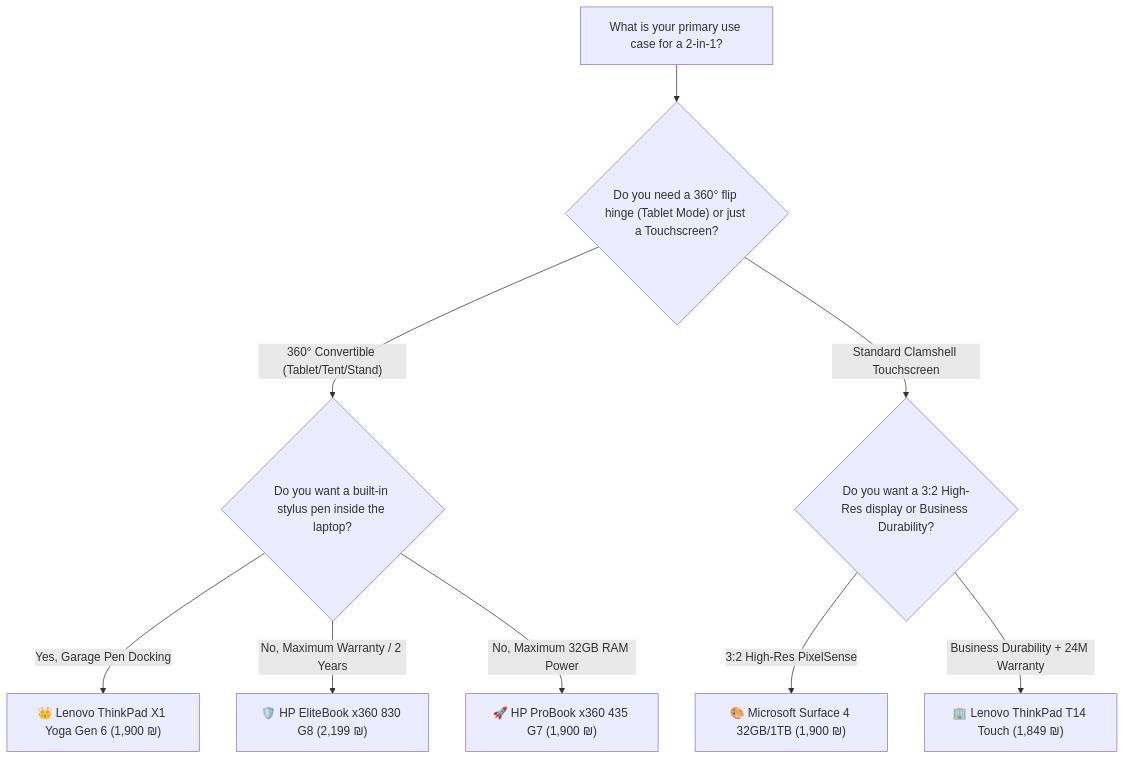
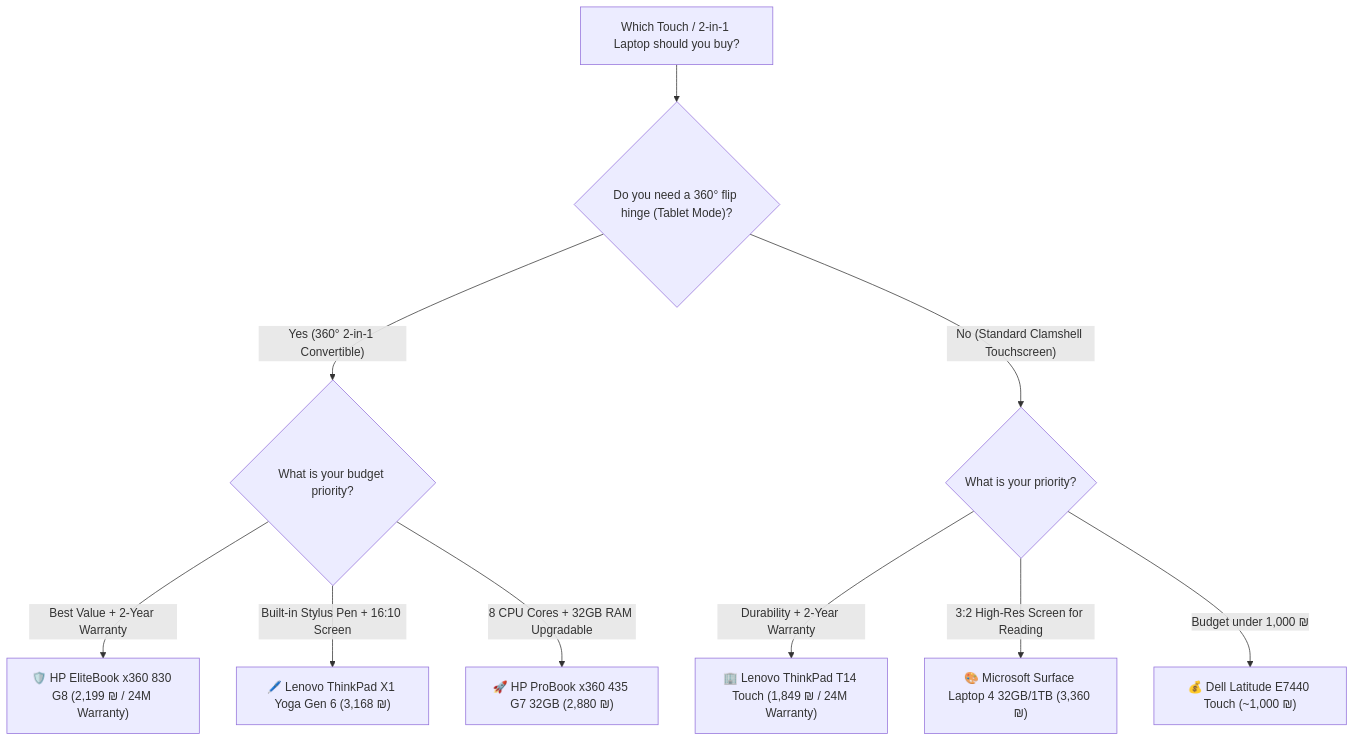
Before and after one commit to elonuziel/second-hand-pc: the diagram in 2in1_and_touch_laptops_guide.md, drawn with Mermaid. The commit also changed other lines of this file and 3 other files, not shown here.

````diff
--- a/2in1_and_touch_laptops_guide.md
+++ b/2in1_and_touch_laptops_guide.md
@@ -72,14 +104,15 @@
 ```mermaid
 graph TD
-    Start["What is your primary use case for a 2-in-1?"] --> Q1{"Do you need a 360° flip hinge (Tablet Mode) or just a Touchscreen?"}
+    Start["Which Touch / 2-in-1 Laptop should you buy?"] --> Hinge{"Do you need a 360° flip hinge (Tablet Mode)?"}
     
-    Q1 -- "360° Convertible (Tablet/Tent/Stand)" --> Q2{"Do you want a built-in stylus pen inside the laptop?"}
-    Q1 -- "Standard Clamshell Touchscreen" --> Q3{"Do you want a 3:2 High-Res display or Business Durability?"}
+    Hinge -- "Yes (360° 2-in-1 Convertible)" --> Budget{"What is your budget priority?"}
+    Hinge -- "No (Standard Clamshell Touchscreen)" --> TouchUse{"What is your priority?"}
     
-    Q2 -- "Yes, Garage Pen Docking" --> A1["👑 Lenovo ThinkPad X1 Yoga Gen 6 (1,900 ₪)"]
-    Q2 -- "No, Maximum Warranty / 2 Years" --> A2["🛡️ HP EliteBook x360 830 G8 (2,199 ₪)"]
-    Q2 -- "No, Maximum 32GB RAM Power" --> A3["🚀 HP ProBook x360 435 G7 (1,900 ₪)"]
+    Budget -- "Best Value + 2-Year Warranty" --> B1["🛡️ HP EliteBook x360 830 G8 (2,199 ₪ / 24M Warranty)"]
+    Budget -- "Built-in Stylus Pen + 16:10 Screen" --> B2["🖊️ Lenovo ThinkPad X1 Yoga Gen 6 (3,168 ₪)"]
+    Budget -- "8 CPU Cores + 32GB RAM Upgradable" --> B3["🚀 HP ProBook x360 435 G7 32GB (2,880 ₪)"]
     
-    Q3 -- "3:2 High-Res PixelSense" --> A4["🎨 Microsoft Surface 4 32GB/1TB (1,900 ₪)"]
-    Q3 -- "Business Durability + 24M Warranty" --> A5["🏢 Lenovo ThinkPad T14 Touch (1,849 ₪)"]
+    TouchUse -- "Durability + 2-Year Warranty" --> T1["🏢 Lenovo ThinkPad T14 Touch (1,849 ₪ / 24M Warranty)"]
+    TouchUse -- "3:2 High-Res Screen for Reading" --> T2["🎨 Microsoft Surface Laptop 4 32GB/1TB (3,360 ₪)"]
+    TouchUse -- "Budget under 1,000 ₪" --> T3["💰 Dell Latitude E7440 Touch (~1,000 ₪)"]
 ```
````
